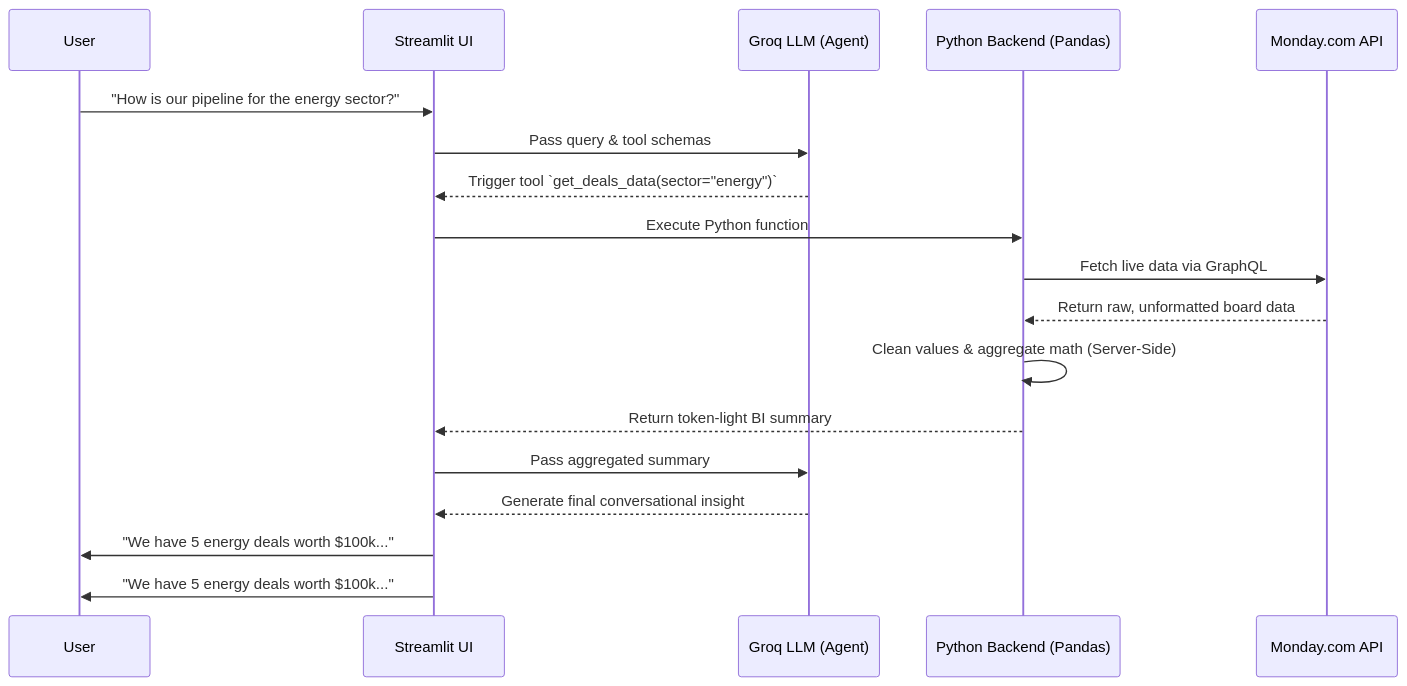
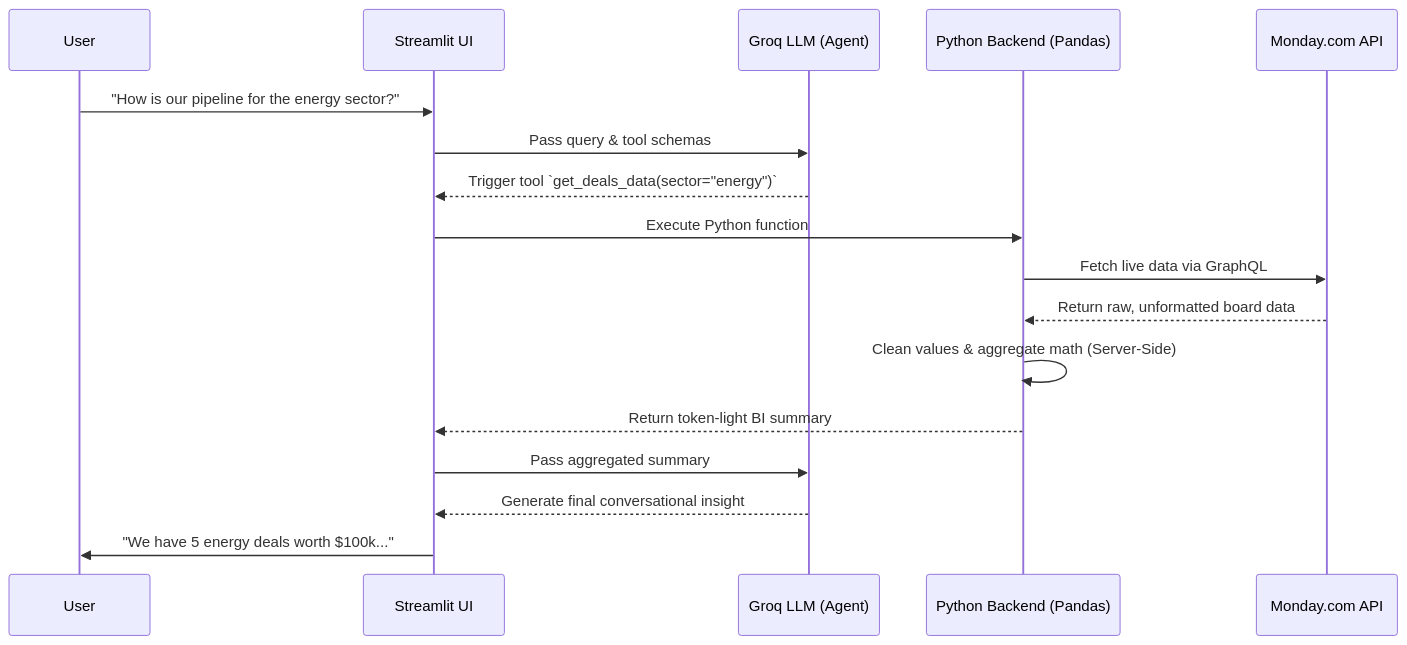
The diagram in README.md (jasonmartins16/Conversational-BI-Agent), drawn with Mermaid before and after one commit. The commit also changed other lines of this file, not shown here.

````diff
--- a/README.md
+++ b/README.md
@@ -37,20 +37,19 @@
 ```mermaid
 sequenceDiagram
     participant User
     participant Streamlit as Streamlit UI
     participant LLM as Groq LLM (Agent)
     participant Backend as Python Backend (Pandas)
     participant Monday as Monday.com API
     User->>Streamlit: "How is our pipeline for the energy sector?"
     Streamlit->>LLM: Pass query & tool schemas
     LLM-->>Streamlit: Trigger tool `get_deals_data(sector="energy")`
     Streamlit->>Backend: Execute Python function
     Backend->>Monday: Fetch live data via GraphQL
     Monday-->>Backend: Return raw, unformatted board data
     Backend->>Backend: Clean values & aggregate math (Server-Side)
     Backend-->>Streamlit: Return token-light BI summary
     Streamlit->>LLM: Pass aggregated summary
     LLM-->>Streamlit: Generate final conversational insight
     Streamlit->>User: "We have 5 energy deals worth $100k..."
-    Streamlit->>User: "We have 5 energy deals worth $100k..."
 ```
````
